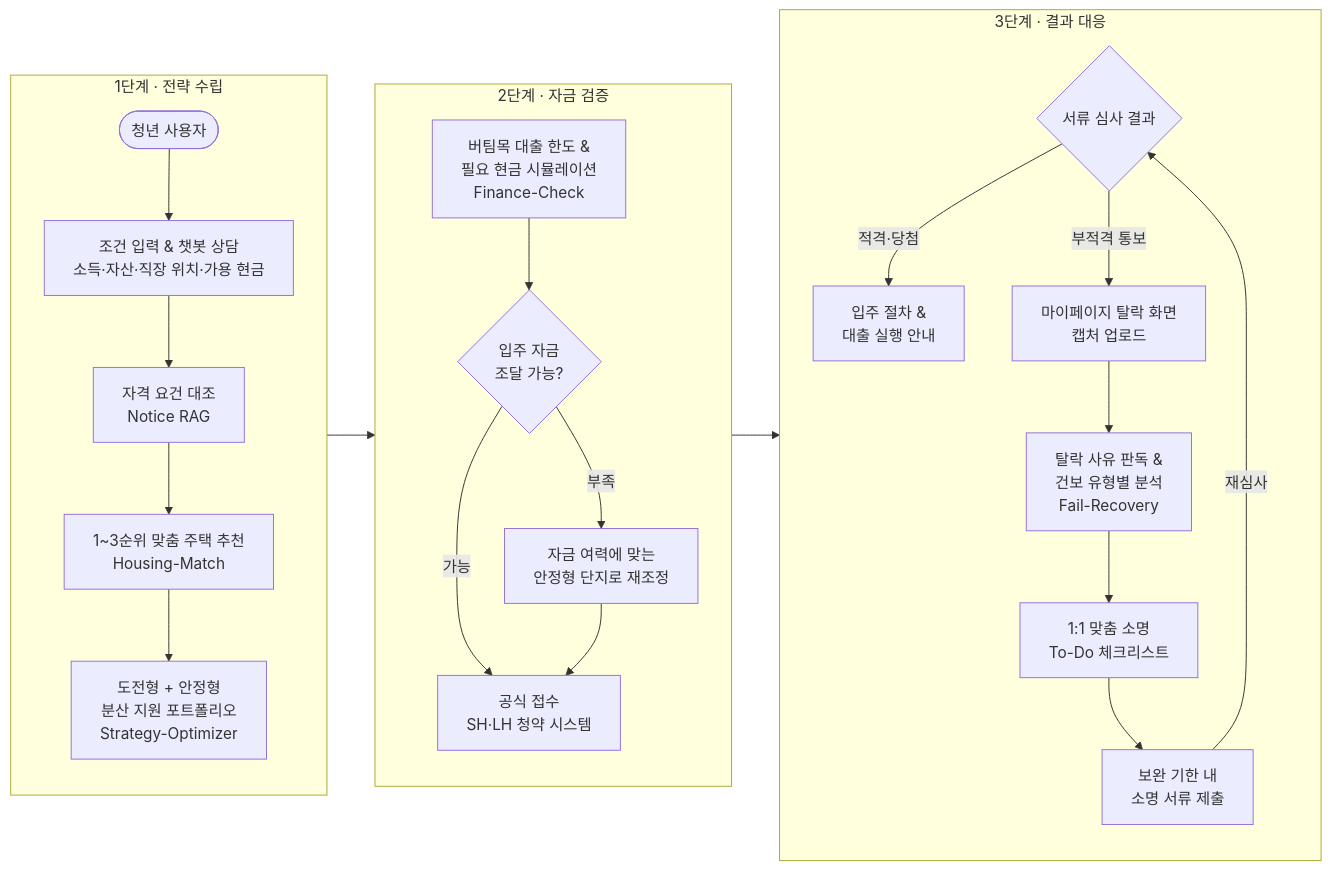
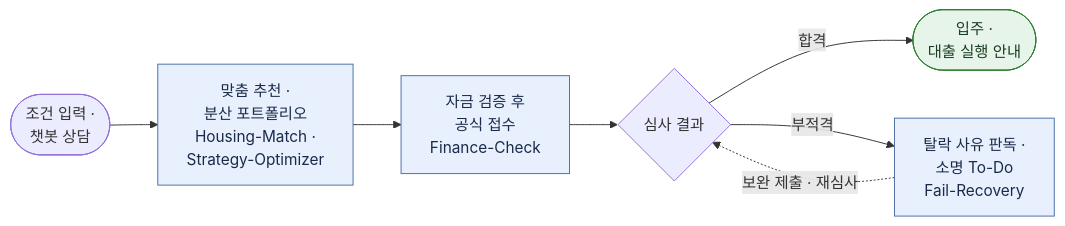
One commit to nixeast/Sessac_Hackerton changed the fifth of 5 diagrams in Document/IdeaProposal_draft.md. Above: the diagram before and after it, drawn with Mermaid. The commit also changed other lines of this file, not shown here.

Commit message:
add all diagrams

````diff
--- a/Document/IdeaProposal_draft.md
+++ b/Document/IdeaProposal_draft.md
@@ -223,28 +209,14 @@
 ```mermaid
 flowchart LR
-    subgraph S1["1단계 · 전략 수립"]
-        direction TB
-        A(["청년 사용자"]) --> B["조건 입력 & 챗봇 상담<br/>소득·자산·직장 위치·가용 현금"]
-        B --> C["자격 요건 대조<br/>Notice RAG"]
-        C --> D["1~3순위 맞춤 주택 추천<br/>Housing-Match"]
-        D --> E["도전형 + 안정형<br/>분산 지원 포트폴리오<br/>Strategy-Optimizer"]
-    end
-    subgraph S2["2단계 · 자금 검증"]
-        direction TB
-        F["버팀목 대출 한도 &<br/>필요 현금 시뮬레이션<br/>Finance-Check"] --> G{"입주 자금<br/>조달 가능?"}
-        G -- "가능" --> H["공식 접수<br/>SH·LH 청약 시스템"]
-        G -- "부족" --> R["자금 여력에 맞는<br/>안정형 단지로 재조정"]
-        R --> H
-    end
-    subgraph S3["3단계 · 결과 대응"]
-        direction TB
-        I{"서류 심사 결과"}
-        I -- "적격·당첨" --> J["입주 절차 &<br/>대출 실행 안내"]
-        I -- "부적격 통보" --> K["마이페이지 탈락 화면<br/>캡처 업로드"]
-        K --> L["탈락 사유 판독 &<br/>건보 유형별 분석<br/>Fail-Recovery"]
-        L --> M["1:1 맞춤 소명<br/>To-Do 체크리스트"]
-        M --> N["보완 기한 내<br/>소명 서류 제출"]
-        N -- "재심사" --> I
-    end
-    S1 --> S2 --> S3
+    A(["조건 입력 ·<br/>챗봇 상담"]) --> B["맞춤 추천 ·<br/>분산 포트폴리오<br/>Housing-Match ·<br/>Strategy-Optimizer"]
+    B --> C["자금 검증 후<br/>공식 접수<br/>Finance-Check"]
+    C --> D{"심사 결과"}
+    D -- "합격" --> E(["입주 ·<br/>대출 실행 안내"])
+    D -- "부적격" --> F["탈락 사유 판독 ·<br/>소명 To-Do<br/>Fail-Recovery"]
+    F -. "보완 제출 · 재심사" .-> D
+
+    classDef ai fill:#e8f0fe,stroke:#4a6fa5,color:#1a2b49
+    classDef out fill:#e6f4ea,stroke:#2e7d32,color:#1b3d20
+    class B,C,F ai
+    class E out
 ```
````
